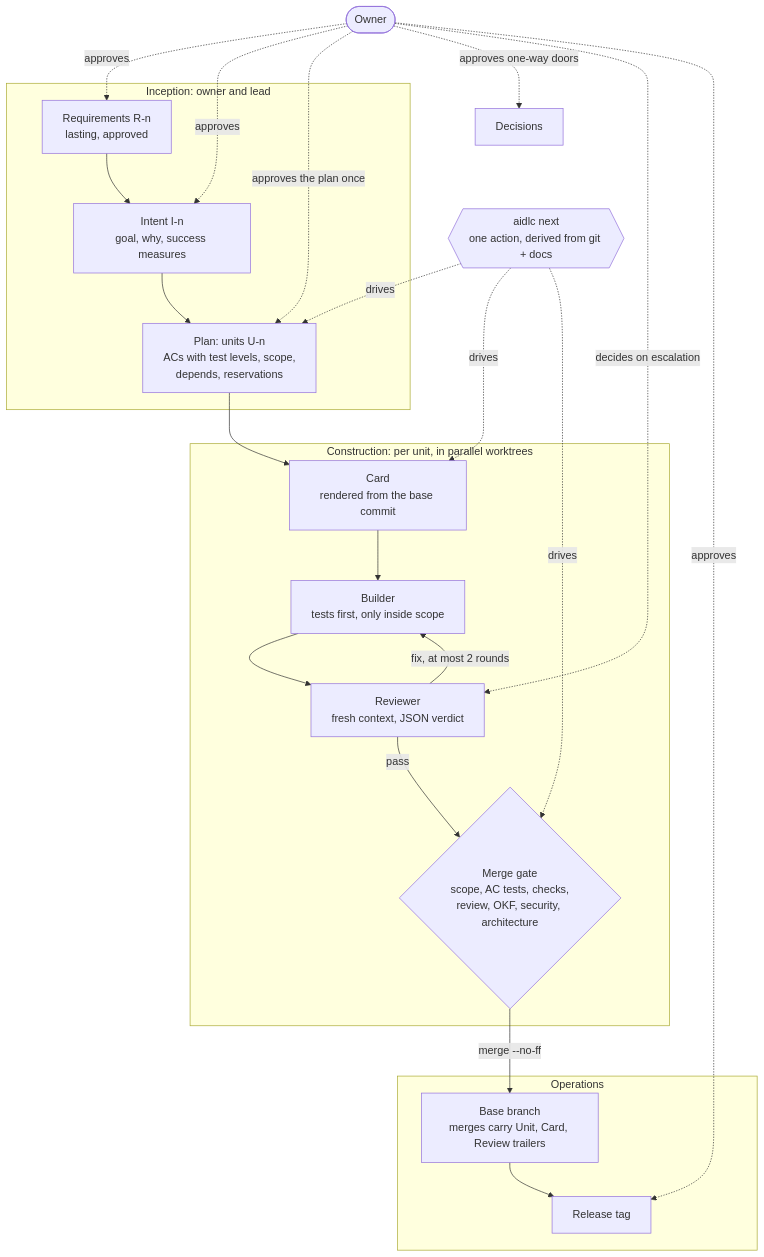
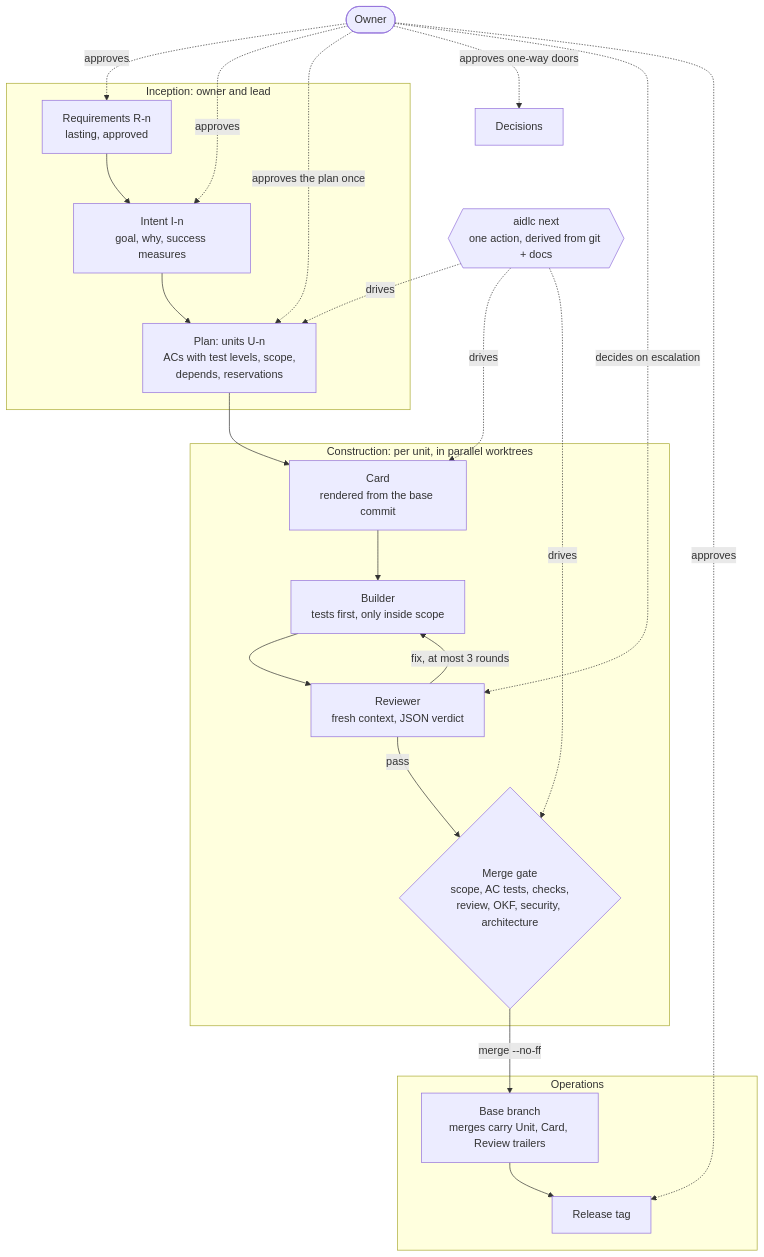
The first of 2 diagrams in README.md (Scrollout/aidlc-team-plugin), drawn with Mermaid before and after one commit. The commit also changed 29 other files, not shown here.

````diff
--- a/README.md
+++ b/README.md
@@ -18,42 +18,42 @@
 ```mermaid
 flowchart TB
   owner(["Owner"])
   next{{"aidlc next<br/>one action, derived from git + docs"}}
 
   subgraph inception["Inception: owner and lead"]
     req["Requirements R-n<br/>lasting, approved"]
     intent["Intent I-n<br/>goal, why, success measures"]
     plan["Plan: units U-n<br/>ACs with test levels, scope,<br/>depends, reservations"]
     req --> intent --> plan
   end
 
   subgraph construction["Construction: per unit, in parallel worktrees"]
     card["Card<br/>rendered from the base commit"]
     builder["Builder<br/>tests first, only inside scope"]
     reviewer["Reviewer<br/>fresh context, JSON verdict"]
     gate{"Merge gate<br/>scope, AC tests, checks,<br/>review, OKF, security, architecture"}
     card --> builder --> reviewer
-    reviewer -- "fix, at most 2 rounds" --> builder
+    reviewer -- "fix, at most 3 rounds" --> builder
     reviewer -- pass --> gate
   end
 
   subgraph operations["Operations"]
     base["Base branch<br/>merges carry Unit, Card, Review trailers"]
     release["Release tag"]
     base --> release
   end
 
   plan --> card
   gate -- "merge --no-ff" --> base
 
   owner -. approves .-> req
   owner -. approves .-> intent
   owner -. "approves the plan once" .-> plan
   owner -. "approves one-way doors" .-> decision["Decisions"]
   owner -. "decides on escalation" .-> reviewer
   owner -. approves .-> release
 
   next -. drives .-> plan
   next -. drives .-> card
   next -. drives .-> gate
 ```
````
